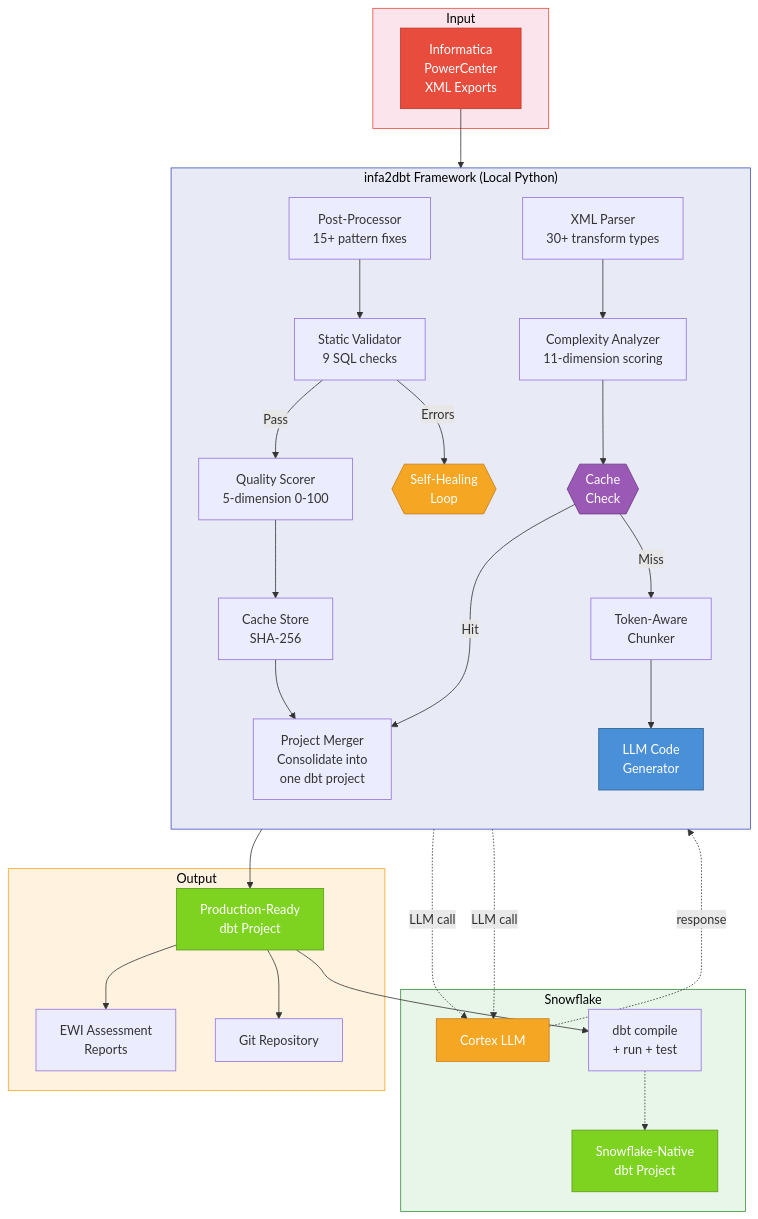
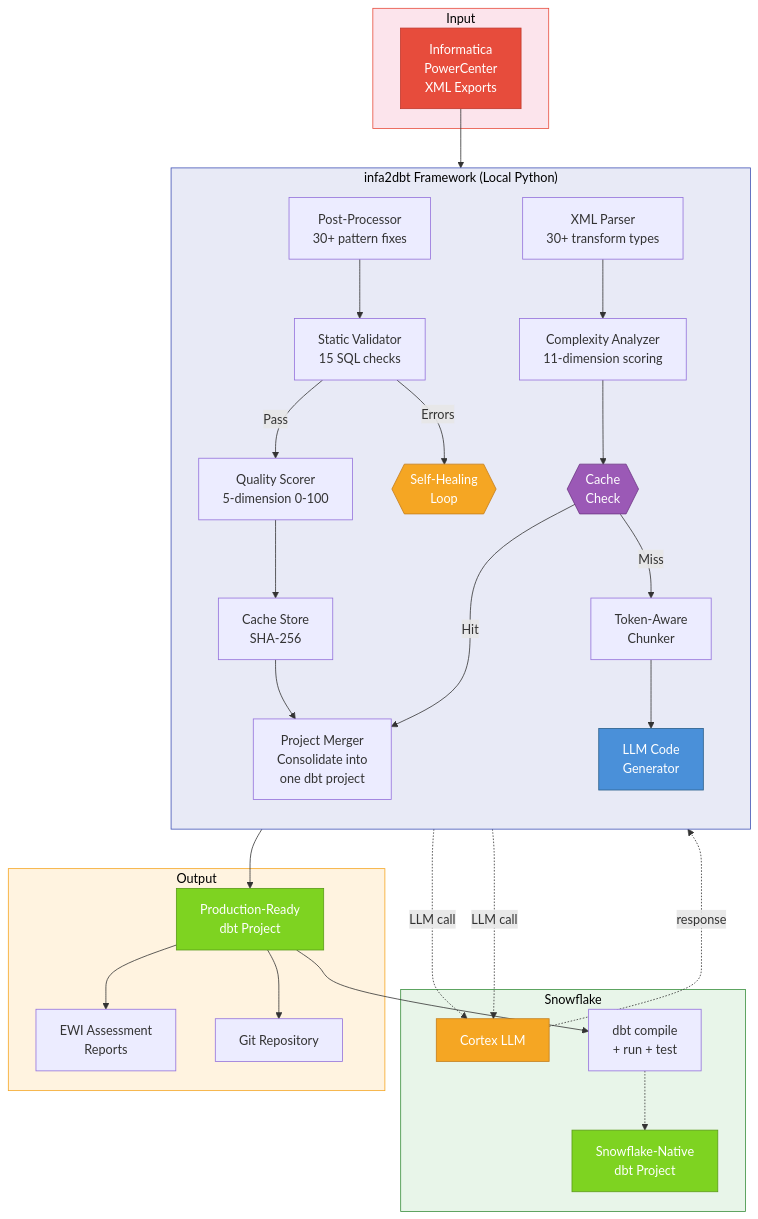
Before and after one commit to vicky437-ai/snowflake_rbac_tagging: the seventh of 13 diagrams in datamodel/Final_Reviewd_Version/v2_production_ready_v1/Technical_Design_Document.md, drawn with Mermaid. The commit also changed other lines of this file and 3 other files, not shown here.

````diff
--- a/datamodel/Final_Reviewd_Version/v2_production_ready_v1/Technical_Design_Document.md
+++ b/datamodel/Final_Reviewd_Version/v2_production_ready_v1/Technical_Design_Document.md
@@ -359,65 +366,65 @@
 ```mermaid
 flowchart TB
     subgraph INPUT["Input"]
         XML["Informatica\nPowerCenter\nXML Exports"]
     end
 
     subgraph FRAMEWORK["infa2dbt Framework (Local Python)"]
         direction TB
         PARSE["XML Parser\n30+ transform types"]
         ANALYZE["Complexity Analyzer\n11-dimension scoring"]
         CACHE_CHK{{"Cache\nCheck"}}
         CHUNK["Token-Aware\nChunker"]
         GENERATE["LLM Code\nGenerator"]
-        POSTPROC["Post-Processor\n15+ pattern fixes"]
-        VALIDATE_S["Static Validator\n9 SQL checks"]
+        POSTPROC["Post-Processor\n30+ pattern fixes"]
+        VALIDATE_S["Static Validator\n15 SQL checks"]
         HEAL{{"Self-Healing\nLoop"}}
         SCORE["Quality Scorer\n5-dimension 0-100"]
         CACHE_ST["Cache Store\nSHA-256"]
         MERGE["Project Merger\nConsolidate into\none dbt project"]
     end
 
     subgraph SNOWFLAKE["Snowflake"]
         CORTEX["Cortex LLM"]
         COMPILE["dbt compile\n+ run + test"]
         DEPLOY_SF["Snowflake-Native\ndbt Project"]
     end
 
     subgraph OUTPUT["Output"]
         PROJECT["Production-Ready\ndbt Project"]
         REPORTS["EWI Assessment\nReports"]
         GIT["Git Repository"]
     end
 
     XML --> PARSE
     PARSE --> ANALYZE
     ANALYZE --> CACHE_CHK
     CACHE_CHK -->|"Hit"| MERGE
     CACHE_CHK -->|"Miss"| CHUNK
     CHUNK --> GENERATE
     GENERATE -.->|"LLM call"| CORTEX
     CORTEX -.->|"response"| POSTPROC
     POSTPROC --> VALIDATE_S
     VALIDATE_S -->|"Errors"| HEAL
     HEAL -.->|"LLM call"| CORTEX
     VALIDATE_S -->|"Pass"| SCORE
     SCORE --> CACHE_ST
     CACHE_ST --> MERGE
     MERGE --> PROJECT
     PROJECT --> COMPILE
     COMPILE -.-> DEPLOY_SF
     PROJECT --> REPORTS
     PROJECT --> GIT
 
     style INPUT fill:#fce4ec,stroke:#E74C3C,color:#000
     style FRAMEWORK fill:#e8eaf6,stroke:#3F51B5,color:#000
     style SNOWFLAKE fill:#e8f5e9,stroke:#388E3C,color:#000
     style OUTPUT fill:#fff3e0,stroke:#F5A623,color:#000
     style XML fill:#E74C3C,stroke:#C0392B,color:#fff
     style CORTEX fill:#F5A623,stroke:#C47D1A,color:#fff
     style DEPLOY_SF fill:#7ED321,stroke:#5A9A18,color:#fff
     style PROJECT fill:#7ED321,stroke:#5A9A18,color:#fff
     style GENERATE fill:#4A90D9,stroke:#2C5F8A,color:#fff
     style HEAL fill:#F5A623,stroke:#C47D1A,color:#fff
     style CACHE_CHK fill:#9B59B6,stroke:#6C3483,color:#fff
 ```
````
